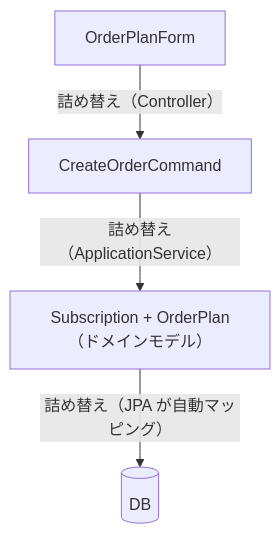
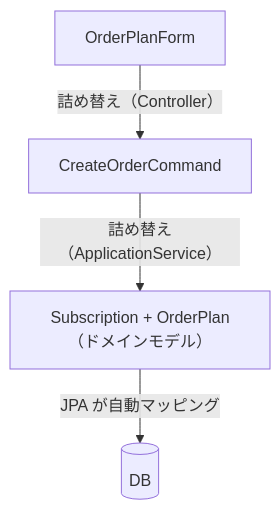
The first of 2 diagrams in books/ddd-detachment/part1-ch02-problems.md (kawasima/ddd-detachment), drawn with Mermaid before and after one commit. The commit also changed other lines of this file and 4 other files, not shown here.

````diff
--- a/books/ddd-detachment/part1-ch02-problems.md
+++ b/books/ddd-detachment/part1-ch02-problems.md
@@ -46,10 +46,10 @@
 ```mermaid
 flowchart TD
     A[OrderPlanForm]
     B[CreateOrderCommand]
     C["Subscription + OrderPlan（ドメインモデル）"]
     D[(DB)]
     A -->|詰め替え（Controller）| B
     B -->|詰め替え（ApplicationService）| C
-    C -->|詰め替え（JPA が自動マッピング）| D
+    C -->|JPA が自動マッピング| D
 ```
````
